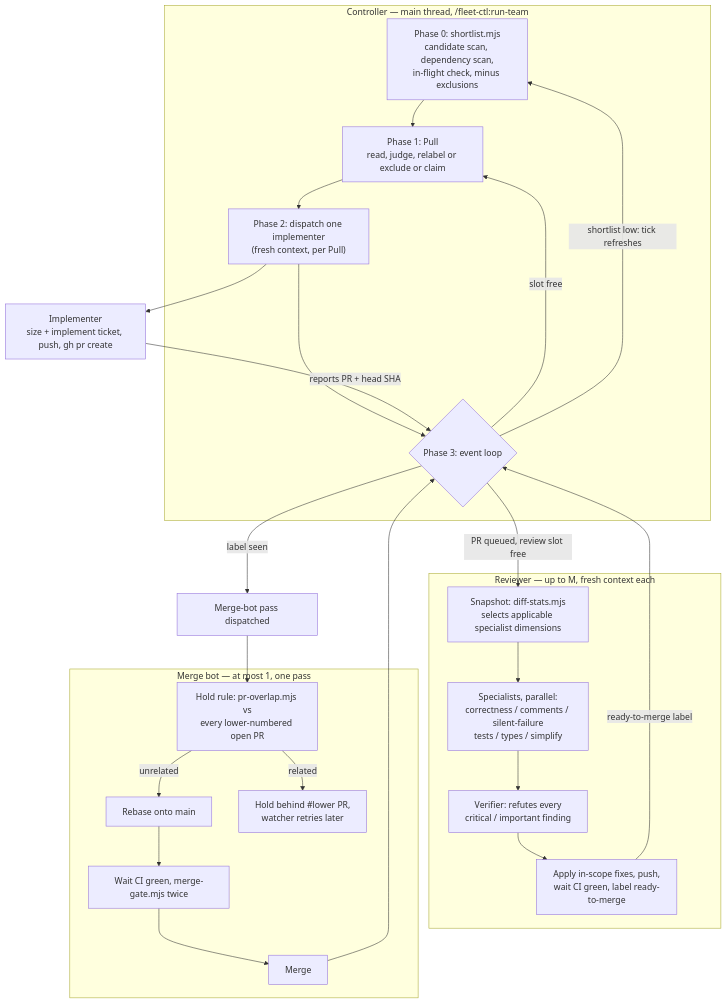
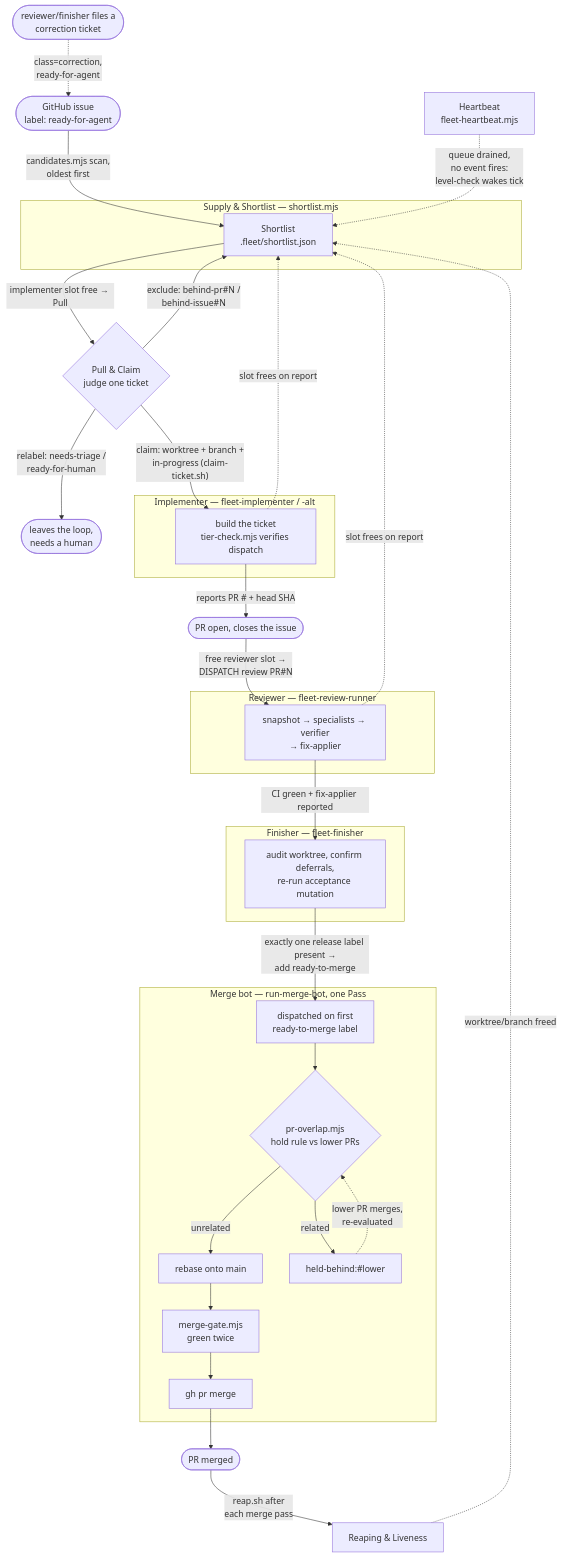
The diagram in README.md (feigi/fleet-plugin), drawn with Mermaid before and after one commit. The commit also changed other lines of this file and 19 other files, not shown here.

Commit message:
docs: per-component docs and updated fleet flow diagram

````diff
--- a/README.md
+++ b/README.md
@@ -118,38 +88,49 @@
 ```mermaid
 flowchart TD
-    subgraph CTL["Controller — main thread, /fleet-ctl:run-team"]
-        P0["Phase 0: shortlist.mjs<br/>candidate scan, dependency scan,<br/>in-flight check, minus exclusions"]
-        P1["Phase 1: Pull<br/>read, judge, relabel or exclude or claim"]
-        P2["Phase 2: dispatch one implementer<br/>(fresh context, per Pull)"]
-        P3{"Phase 3: event loop"}
-        P0 --> P1 --> P2 --> P3
-        P3 -->|"slot free"| P1
-        P3 -->|"shortlist low: tick refreshes"| P0
+    ISSUE(["GitHub issue<br/>label: ready-for-agent"]) -->|"candidates.mjs scan,<br/>oldest first"| SL
+
+    subgraph SUPPLY["Supply &amp; Shortlist — shortlist.mjs"]
+        SL["Shortlist<br/>.fleet/shortlist.json"]
     end
 
-    P2 --> IMPL["Implementer<br/>size + implement ticket, push, gh pr create"]
-    IMPL -->|"reports PR + head SHA"| P3
-    P3 -->|"PR queued, review slot free"| REV
+    SL -->|"implementer slot free → Pull"| JUDGE{"Pull &amp; Claim<br/>judge one ticket"}
+    JUDGE -->|"relabel: needs-triage /<br/>ready-for-human"| OUT(["leaves the loop,<br/>needs a human"])
+    JUDGE -->|"exclude: behind-pr#N /<br/>behind-issue#N"| SL
+    JUDGE -->|"claim: worktree + branch +<br/>in-progress (claim-ticket.sh)"| IMPL
 
-    subgraph REVFAN["Reviewer — up to M, fresh context each"]
-        REV["Snapshot: diff-stats.mjs<br/>selects applicable specialist dimensions"]
-        SPEC["Specialists, parallel:<br/>correctness / comments / silent-failure<br/>tests / types / simplify"]
-        VERI["Verifier: refutes every<br/>critical / important finding"]
-        FIX["Apply in-scope fixes, push,<br/>wait CI green, label ready-to-merge"]
-        REV --> SPEC --> VERI --> FIX
+    subgraph IMPLSUB["Implementer — fleet-implementer / -alt"]
+        IMPL["build the ticket<br/>tier-check.mjs verifies dispatch"]
     end
-    FIX -->|"ready-to-merge label"| P3
-    P3 -->|"label seen"| MB["Merge-bot pass dispatched"]
+    IMPL -.->|"slot frees on report"| SL
+    IMPL -->|"reports PR # + head SHA"| PR(["PR open, closes the issue"])
 
-    subgraph MERGEBOT["Merge bot — at most 1, one pass"]
-        HOLD["Hold rule: pr-overlap.mjs vs<br/>every lower-numbered open PR"]
-        REBASE["Rebase onto main"]
-        GREEN["Wait CI green, merge-gate.mjs twice"]
-        MERGE["Merge"]
-        WAIT["Hold behind #lower PR,<br/>watcher retries later"]
-        HOLD -->|"unrelated"| REBASE --> GREEN --> MERGE
-        HOLD -->|"related"| WAIT
+    PR -->|"free reviewer slot →<br/>DISPATCH review PR#N"| REVIEW
+
+    subgraph REVIEWSUB["Reviewer — fleet-review-runner"]
+        REVIEW["snapshot → specialists → verifier<br/>→ fix-applier"]
     end
-    MB --> HOLD
-    MERGE --> P3
+    REVIEW -.->|"slot frees on report"| SL
+    REVIEW -->|"CI green + fix-applier reported"| FINISH
+
+    subgraph FINISHSUB["Finisher — fleet-finisher"]
+        FINISH["audit worktree, confirm deferrals,<br/>re-run acceptance mutation"]
+    end
+    FINISH -->|"exactly one release label present →<br/>add ready-to-merge"| MB
+
+    subgraph MERGEBOTSUB["Merge bot — run-merge-bot, one Pass"]
+        MB["dispatched on first<br/>ready-to-merge label"]
+        HOLD{"pr-overlap.mjs<br/>hold rule vs lower PRs"}
+        MB --> HOLD
+        HOLD -->|"unrelated"| REBASE["rebase onto main"] --> GATE["merge-gate.mjs<br/>green twice"] --> MERGE["gh pr merge"]
+        HOLD -->|"related"| WAIT["held-behind:#lower"]
+        WAIT -.->|"lower PR merges,<br/>re-evaluated"| HOLD
+    end
+    MERGE --> MERGED(["PR merged"])
+
+    MERGED -->|"reap.sh after<br/>each merge pass"| REAP["Reaping &amp; Liveness"]
+    REAP -.->|"worktree/branch freed"| SL
+
+    HEART["Heartbeat<br/>fleet-heartbeat.mjs"] -.->|"queue drained,<br/>no event fires:<br/>level-check wakes tick"| SL
+
+    CORR(["reviewer/finisher files a<br/>correction ticket"]) -.->|"class=correction,<br/>ready-for-agent"| ISSUE
 ```
````
